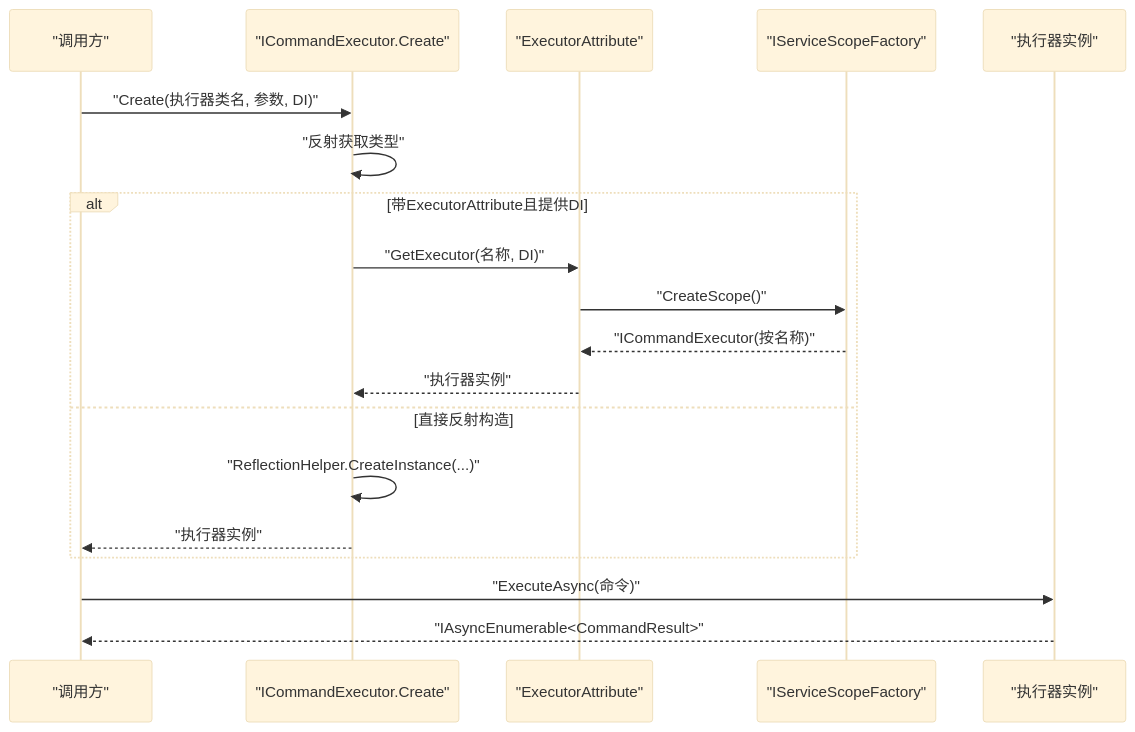
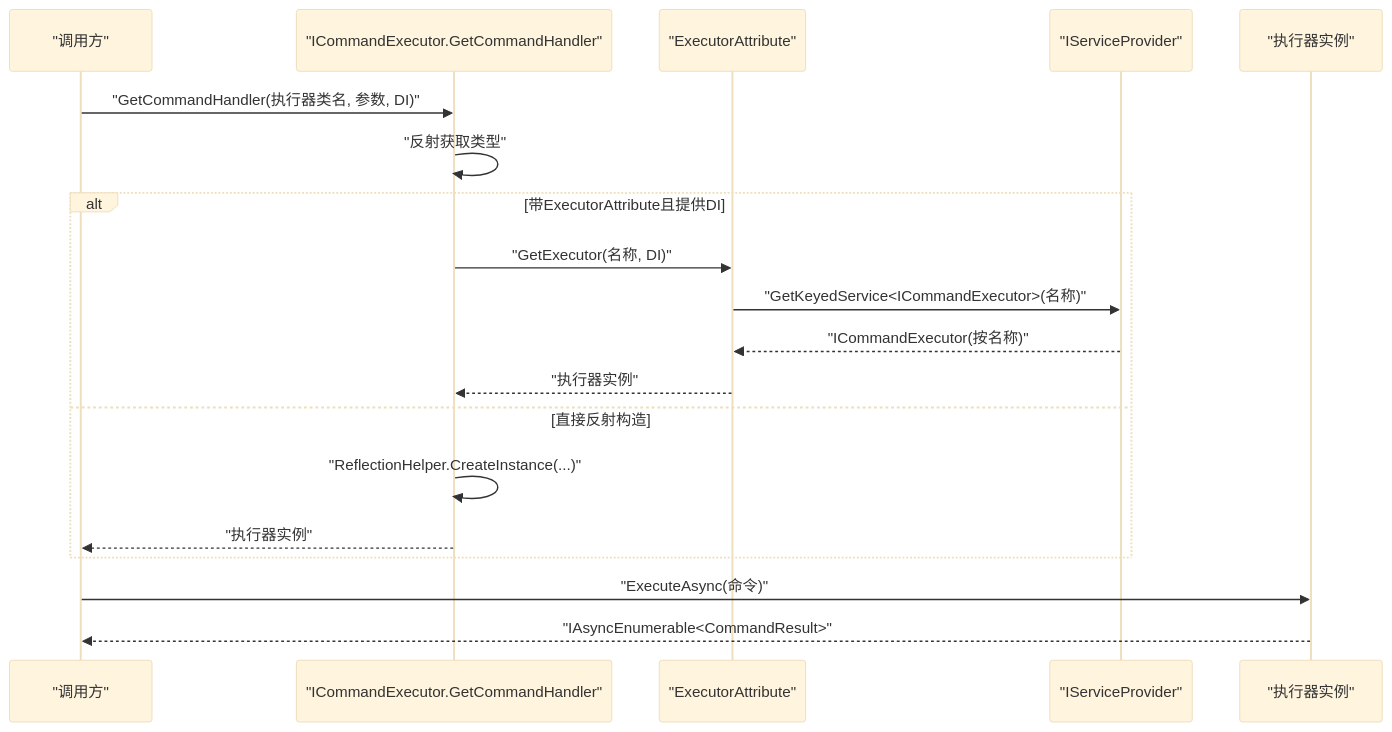
One commit to Sosososolong/AirGo changed the third of 12 diagrams in .qoder/repowiki/zh/content/远程主机管理模块/命令执行器系统.md. Above: the diagram before and after it, drawn with Mermaid (base theme). The commit also changed other lines of this file and 7 other files, not shown here.

````diff
--- a/.qoder/repowiki/zh/content/远程主机管理模块/命令执行器系统.md
+++ b/.qoder/repowiki/zh/content/远程主机管理模块/命令执行器系统.md
@@ -194,21 +216,21 @@
 ```mermaid
 sequenceDiagram
 participant Caller as "调用方"
-participant Factory as "ICommandExecutor.Create"
+participant Factory as "ICommandExecutor.GetCommandHandler"
 participant Attr as "ExecutorAttribute"
-participant DI as "IServiceScopeFactory"
+participant DI as "IServiceProvider"
 participant Exec as "执行器实例"
-Caller->>Factory : "Create(执行器类名, 参数, DI)"
+Caller->>Factory : "GetCommandHandler(执行器类名, 参数, DI)"
 Factory->>Factory : "反射获取类型"
 alt 带ExecutorAttribute且提供DI
 Factory->>Attr : "GetExecutor(名称, DI)"
-Attr->>DI : "CreateScope()"
+Attr->>DI : "GetKeyedService<ICommandExecutor>(名称)"
 DI-->>Attr : "ICommandExecutor(按名称)"
 Attr-->>Factory : "执行器实例"
 else 直接反射构造
 Factory->>Factory : "ReflectionHelper.CreateInstance(...)"
 Factory-->>Caller : "执行器实例"
 end
 Caller->>Exec : "ExecuteAsync(命令)"
 Exec-->>Caller : "IAsyncEnumerable<CommandResult>"
 ```
````
